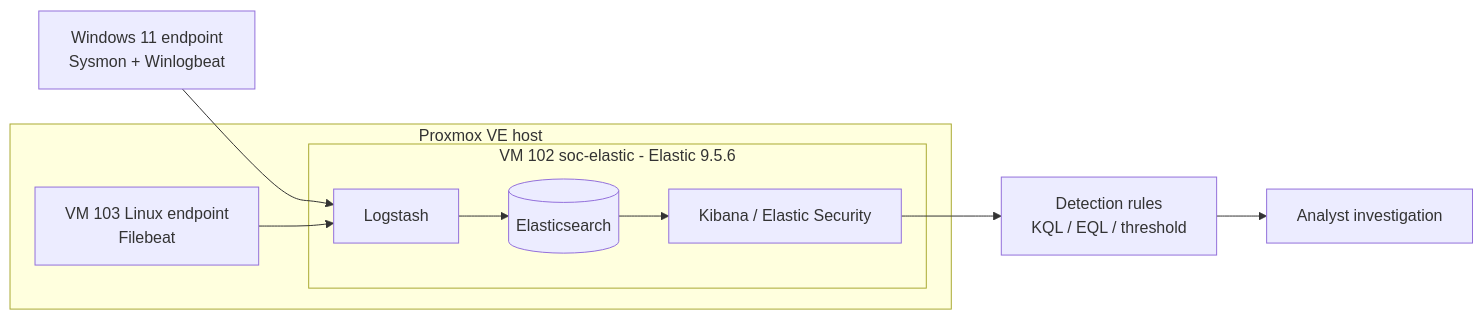
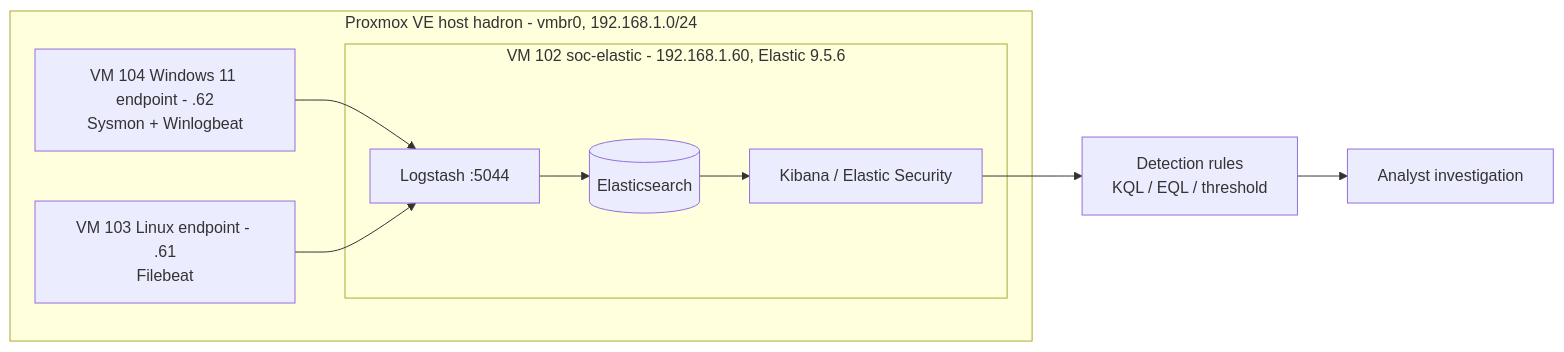
The diagram in README.md (Adrin0/SOC-Detection-Engineering-KQL-EQL-and-Alert-Noise-Reduction), drawn with Mermaid before and after one commit. The commit also changed other lines of this file and 2 other files, not shown here.

Commit message:
docs: redraw network diagram for VM-based Windows endpoint
Show the Windows endpoint as Proxmox VM 104 soc-win-ep (192.168.1.62)
on vmbr0 instead of a physical LAN host, and add VM 100 mgmt, VM 101
opnsense (stopped, planned isolation), addresses, and ports.

Update architecture status, network, and verification tables: VM 103
reaches Logstash on 5044; VM 104 telemetry and its clean-baseline
snapshot are not yet verified.

````diff
--- a/README.md
+++ b/README.md
@@ -58,14 +59,15 @@
 ```mermaid
 flowchart LR
-    subgraph PVE["Proxmox VE host"]
-        subgraph ELK["VM 102 soc-elastic - Elastic 9.5.6"]
-            LS["Logstash"] --> ES[("Elasticsearch")]
+    subgraph PVE["Proxmox VE host hadron - vmbr0, 192.168.1.0/24"]
+        subgraph ELK["VM 102 soc-elastic - 192.168.1.60, Elastic 9.5.6"]
+            LS["Logstash :5044"] --> ES[("Elasticsearch")]
             ES --> KB["Kibana / Elastic Security"]
         end
-        LNX["VM 103 Linux endpoint<br/>Filebeat"]
+        LNX["VM 103 Linux endpoint - .61<br/>Filebeat"]
+        WIN["VM 104 Windows 11 endpoint - .62<br/>Sysmon + Winlogbeat"]
     end
-    WIN["Windows 11 endpoint<br/>Sysmon + Winlogbeat"] --> LS
+    WIN --> LS
     LNX --> LS
     KB --> DR["Detection rules<br/>KQL / EQL / threshold"]
     DR --> AN["Analyst investigation"]
 ```
````
